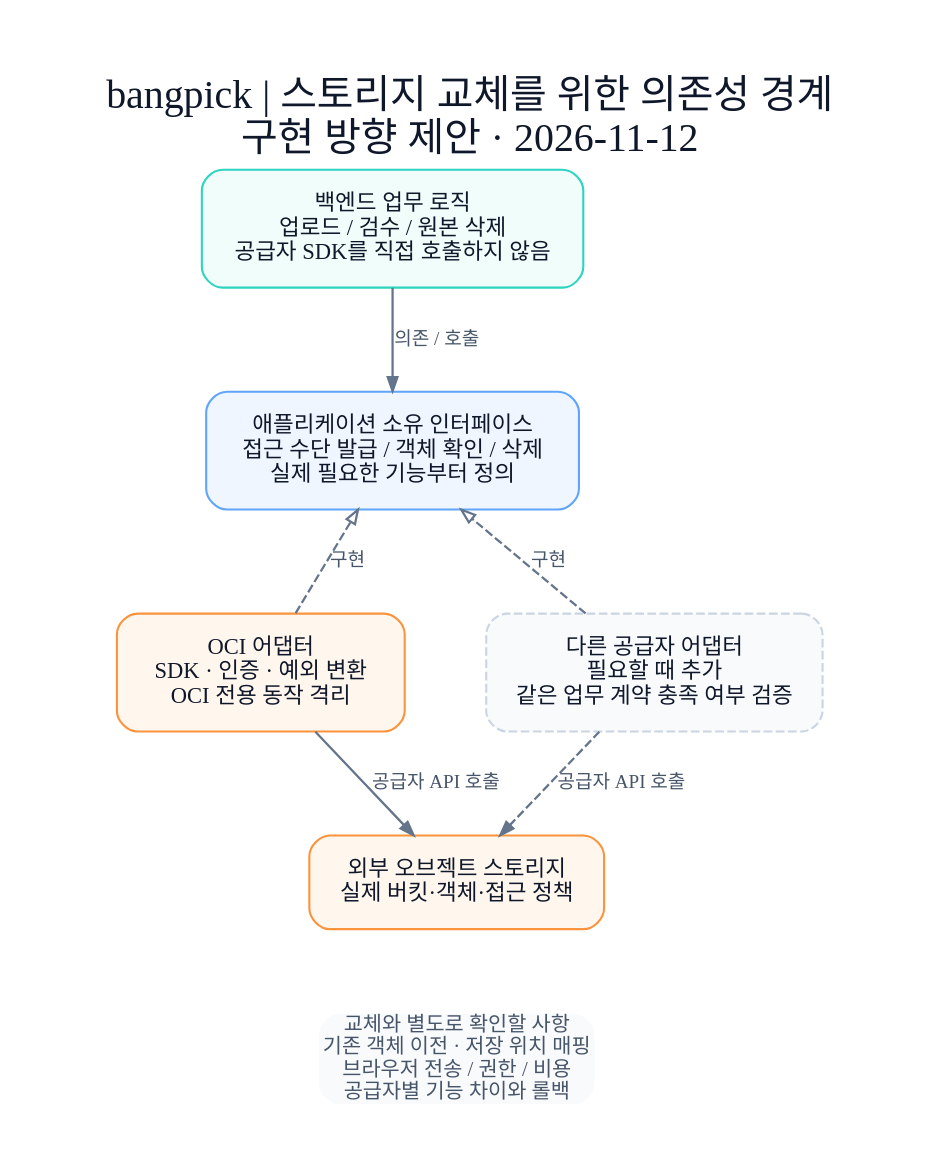
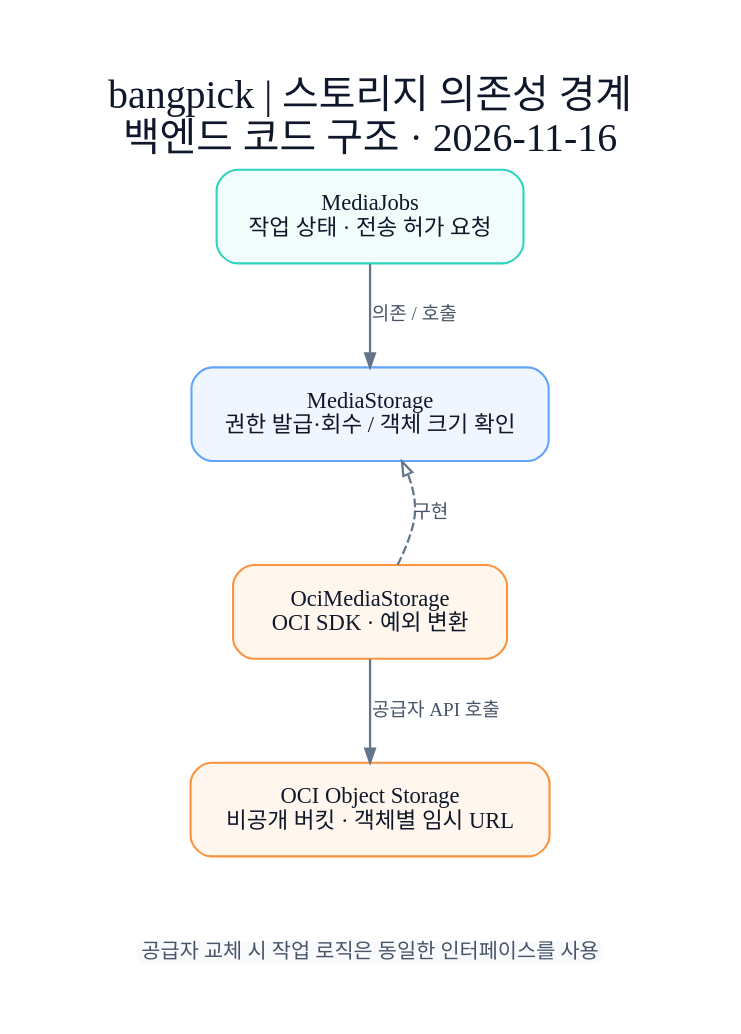
The diagram in docs/diagrams/storage-boundary.dot (Bang9634/bangpick), drawn with Graphviz before and after one commit. The commit also changed 29 other files, not shown here.

```diff
--- a/docs/diagrams/storage-boundary.dot
+++ b/docs/diagrams/storage-boundary.dot
@@ -1,25 +1,21 @@
 digraph StorageBoundary {
   graph [rankdir=TB, bgcolor="white", pad=0.45, nodesep=0.65, ranksep=0.65,
-    label="bangpick | 스토리지 교체를 위한 의존성 경계\n구현 방향 제안 · 2026-11-12", labelloc=t, labeljust=l,
+    label="bangpick | 스토리지 의존성 경계\n백엔드 코드 구조 · 2026-11-16", labelloc=t, labeljust=l,
     fontsize=23, fontcolor="#0f172a"];
   node [shape=box, style="rounded,filled", color="#cbd5e1", fillcolor="#f8fafc",
     fontcolor="#0f172a", fontsize=13, margin="0.23,0.18", penwidth=1.2];
   edge [color="#64748b", fontcolor="#475569", fontsize=11, arrowsize=0.8, penwidth=1.3];
 
-  usecase [label="백엔드 업무 로직\n업로드 / 검수 / 원본 삭제\n공급자 SDK를 직접 호출하지 않음", fillcolor="#f0fdfa", color="#2dd4bf"];
-  port [label="애플리케이션 소유 인터페이스\n접근 수단 발급 / 객체 확인 / 삭제\n실제 필요한 기능부터 정의", fillcolor="#eff6ff", color="#60a5fa"];
-  oci [label="OCI 어댑터\nSDK · 인증 · 예외 변환\nOCI 전용 동작 격리", fillcolor="#fff7ed", color="#fb923c"];
-  future [label="다른 공급자 어댑터\n필요할 때 추가\n같은 업무 계약 충족 여부 검증", style="rounded,dashed,filled"];
-  cloud [label="외부 오브젝트 스토리지\n실제 버킷·객체·접근 정책", fillcolor="#fff7ed", color="#fb923c"];
+  usecase [label="MediaJobs\n작업 상태 · 전송 허가 요청", fillcolor="#f0fdfa", color="#2dd4bf"];
+  port [label="MediaStorage\n권한 발급·회수 / 객체 크기 확인", fillcolor="#eff6ff", color="#60a5fa"];
+  oci [label="OciMediaStorage\nOCI SDK · 예외 변환", fillcolor="#fff7ed", color="#fb923c"];
+  cloud [label="OCI Object Storage\n비공개 버킷 · 객체별 임시 URL", fillcolor="#fff7ed", color="#fb923c"];
   note [shape=plain, fontsize=12, fontcolor="#475569",
-    label="교체와 별도로 확인할 사항\n기존 객체 이전 · 저장 위치 매핑\n브라우저 전송 / 권한 / 비용\n공급자별 기능 차이와 롤백"];
+    label="공급자 교체 시 작업 로직은 동일한 인터페이스를 사용"];
 
   usecase -> port [label="의존 / 호출"];
-  oci -> port [label="구현", style=dashed, arrowhead=empty];
-  future -> port [label="구현", style=dashed, arrowhead=empty];
+  oci -> port [label="구현", style=dashed, arrowhead=empty, constraint=false];
   port -> oci [style=invis];
   oci -> cloud [label="공급자 API 호출"];
-  future -> cloud [label="공급자 API 호출", style=dashed];
   cloud -> note [style=invis];
-  {rank=same; oci; future;}
 }
```
